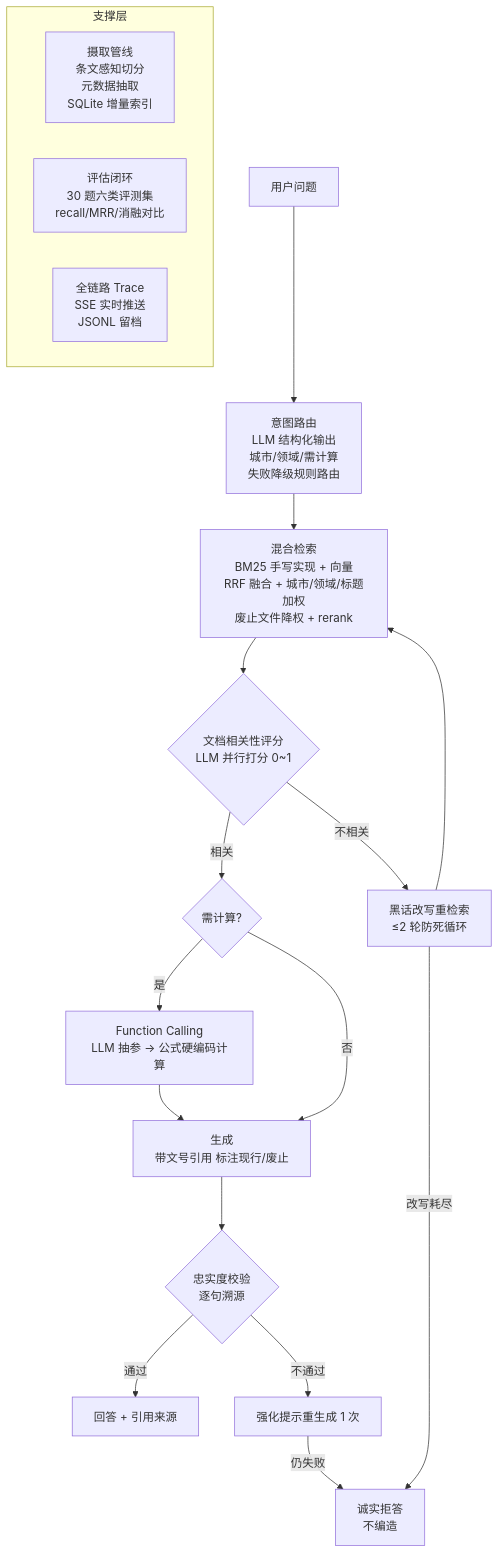
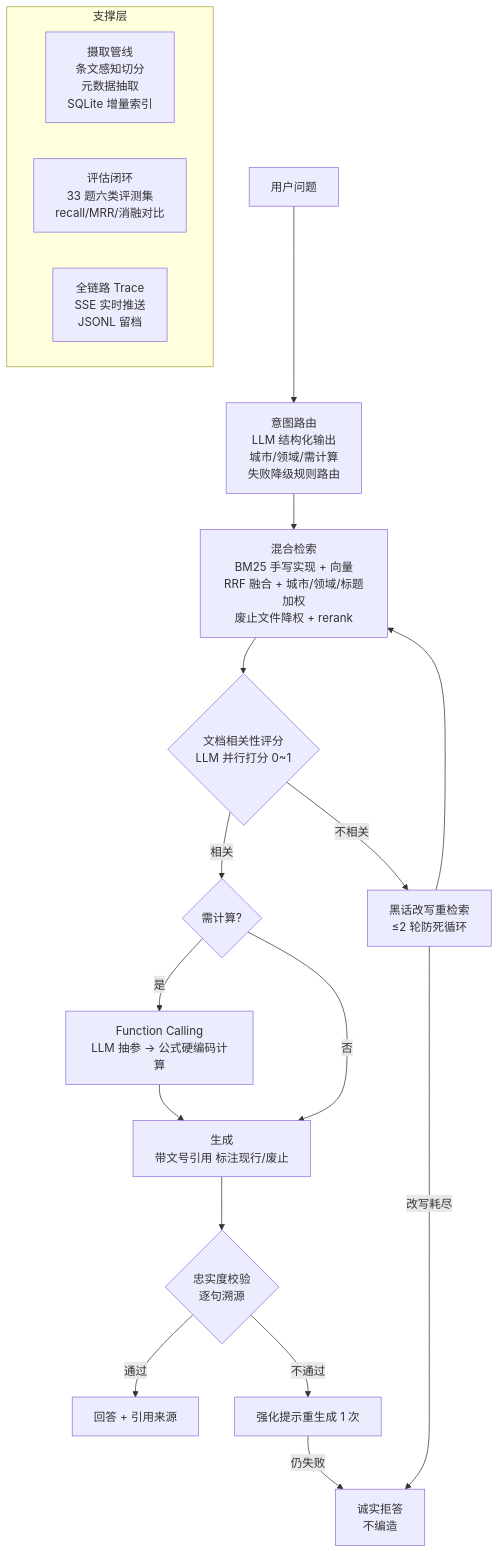
Before and after one commit to anlanjc/policy-compass: the diagram in README.md, drawn with Mermaid. The commit also changed other lines of this file and 3 other files, not shown here.

````diff
--- a/README.md
+++ b/README.md
@@ -21,23 +21,23 @@
 ```mermaid
 flowchart TB
     U[用户问题] --> R[意图路由<br/>LLM 结构化输出<br/>城市/领域/需计算<br/>失败降级规则路由]
     R --> RET[混合检索<br/>BM25 手写实现 + 向量<br/>RRF 融合 + 城市/领域/标题加权<br/>废止文件降权 + rerank]
     RET --> G{文档相关性评分<br/>LLM 并行打分 0~1}
     G -- 相关 --> T{需计算?}
     G -- 不相关 --> W[黑话改写重检索<br/>≤2 轮防死循环]
     W --> RET
     W -- 改写耗尽 --> F[诚实拒答<br/>不编造]
     T -- 是 --> TC[Function Calling<br/>LLM 抽参 → 公式硬编码计算]
     T -- 否 --> GEN
     TC --> GEN[生成<br/>带文号引用 标注现行/废止]
     GEN --> V{忠实度校验<br/>逐句溯源}
     V -- 通过 --> OUT[回答 + 引用来源]
     V -- 不通过 --> GEN2[强化提示重生成 1 次]
     GEN2 -- 仍失败 --> F
 
     subgraph 支撑层
       ING[摄取管线<br/>条文感知切分<br/>元数据抽取<br/>SQLite 增量索引]
-      EVAL[评估闭环<br/>30 题六类评测集<br/>recall/MRR/消融对比]
+      EVAL[评估闭环<br/>33 题六类评测集<br/>recall/MRR/消融对比]
       TRACE[全链路 Trace<br/>SSE 实时推送<br/>JSONL 留档]
     end
 ```
````
